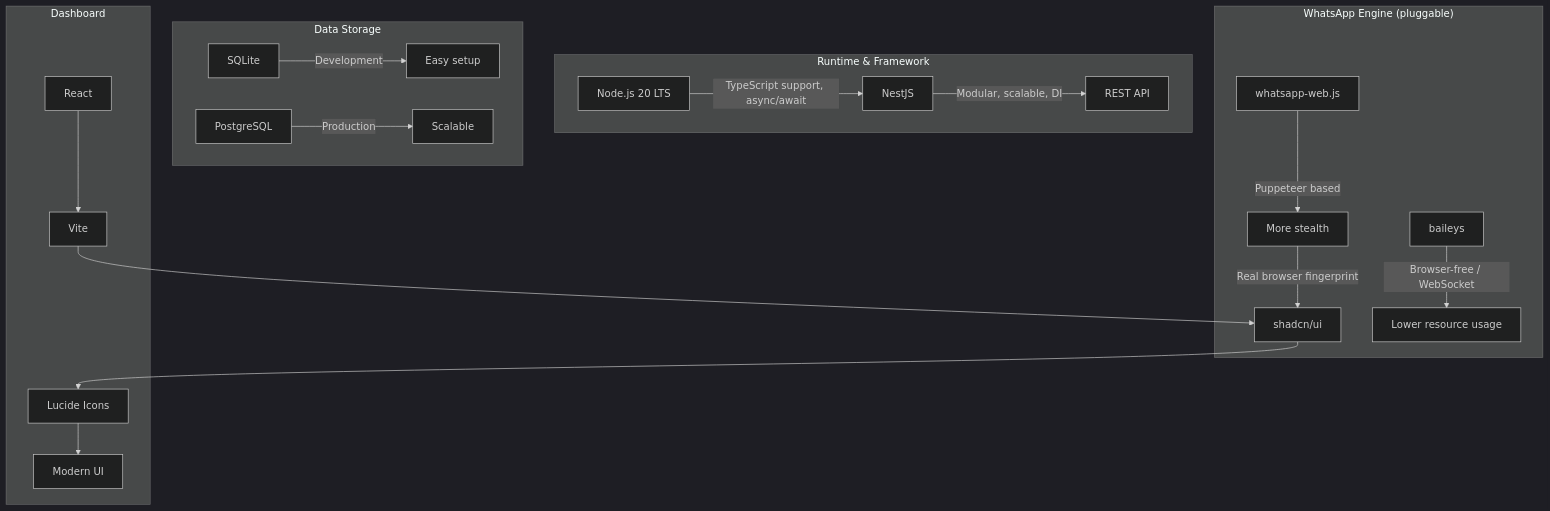
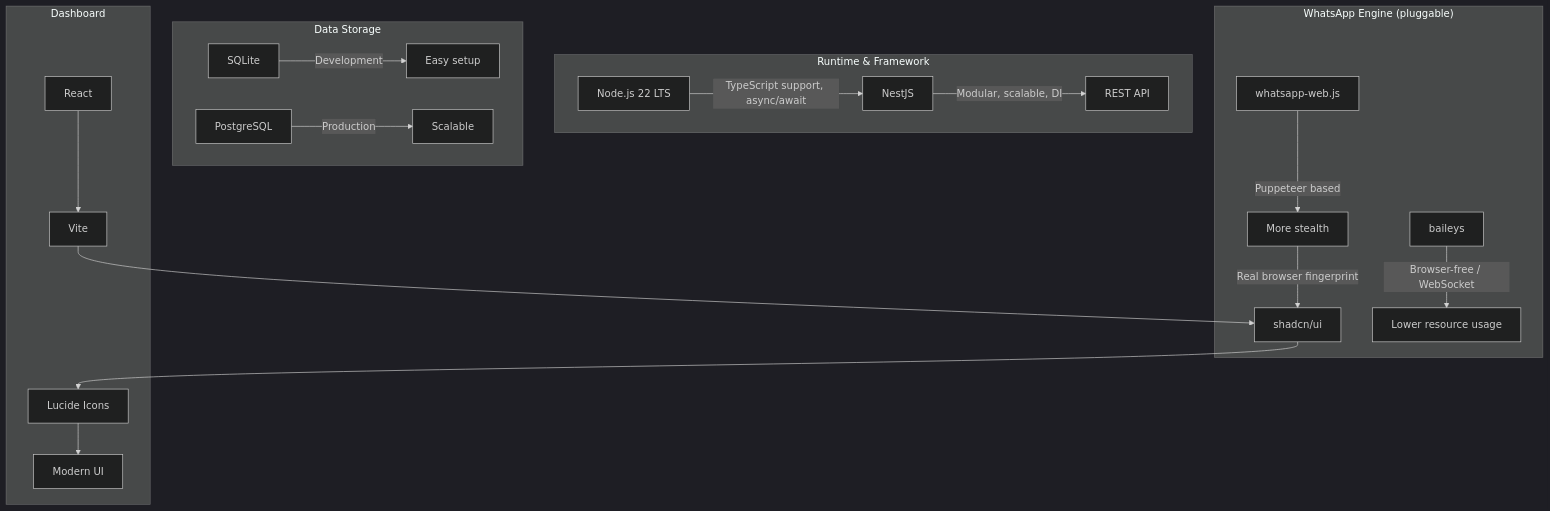
Before and after one commit to nourayman21k/OpenWA: the fifth of 5 diagrams in docs/01-project-overview.md, drawn with Mermaid (dark theme). The commit also changed other lines of this file and 14 other files, not shown here.

Commit message:
docs: correct response shape (raw payload, not {success,data,meta} envelope), Node 22 LTS, neutral message types

````diff
--- a/docs/01-project-overview.md
+++ b/docs/01-project-overview.md
@@ -220,25 +220,25 @@
 ```mermaid
 flowchart TB
     subgraph Runtime["Runtime & Framework"]
-        N[Node.js 20 LTS] --> |"TypeScript support, async/await"| NE[NestJS]
+        N[Node.js 22 LTS] --> |"TypeScript support, async/await"| NE[NestJS]
         NE --> |"Modular, scalable, DI"| API[REST API]
     end
     
     subgraph Engine["WhatsApp Engine (pluggable)"]
         WW[whatsapp-web.js] --> |"Puppeteer based"| P[More stealth]
         P --> |"Real browser fingerprint"| S[Lower ban risk]
         BA[baileys] --> |"Browser-free / WebSocket"| BL[Lower resource usage]
     end
     
     subgraph Storage["Data Storage"]
         SQ[SQLite] --> |"Development"| DEV[Easy setup]
         PG[PostgreSQL] --> |"Production"| PROD[Scalable]
     end
     
     subgraph Frontend["Dashboard"]
         R[React] --> V[Vite]
         V --> S[shadcn/ui]
         S --> L[Lucide Icons]
         L --> UI[Modern UI]
     end
 ```
````
